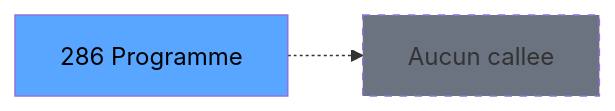
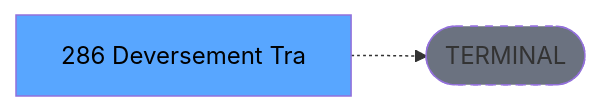
Before and after one commit to thonyAGP/lecteur-magic: the third of 3 diagrams in .openspec/specs/ADH-IDE-286.md, drawn with Mermaid. The commit also changed other lines of this file and 701 other files, not shown here.

````diff
--- a/.openspec/specs/ADH-IDE-286.md
+++ b/.openspec/specs/ADH-IDE-286.md
@@ -160,8 +153,8 @@
 ```mermaid
 graph LR
-    T[286 Programme]
-    NONE[Aucun callee]
-    T -.-> NONE
+    T[286 Deversement Tra]
+    TERM([TERMINAL])
+    T -.-> TERM
+    style TERM fill:#6b7280,stroke-dasharray: 5 5
     style T fill:#58a6ff,color:#000
-    style NONE fill:#6b7280,stroke-dasharray: 5 5
 ```
````
